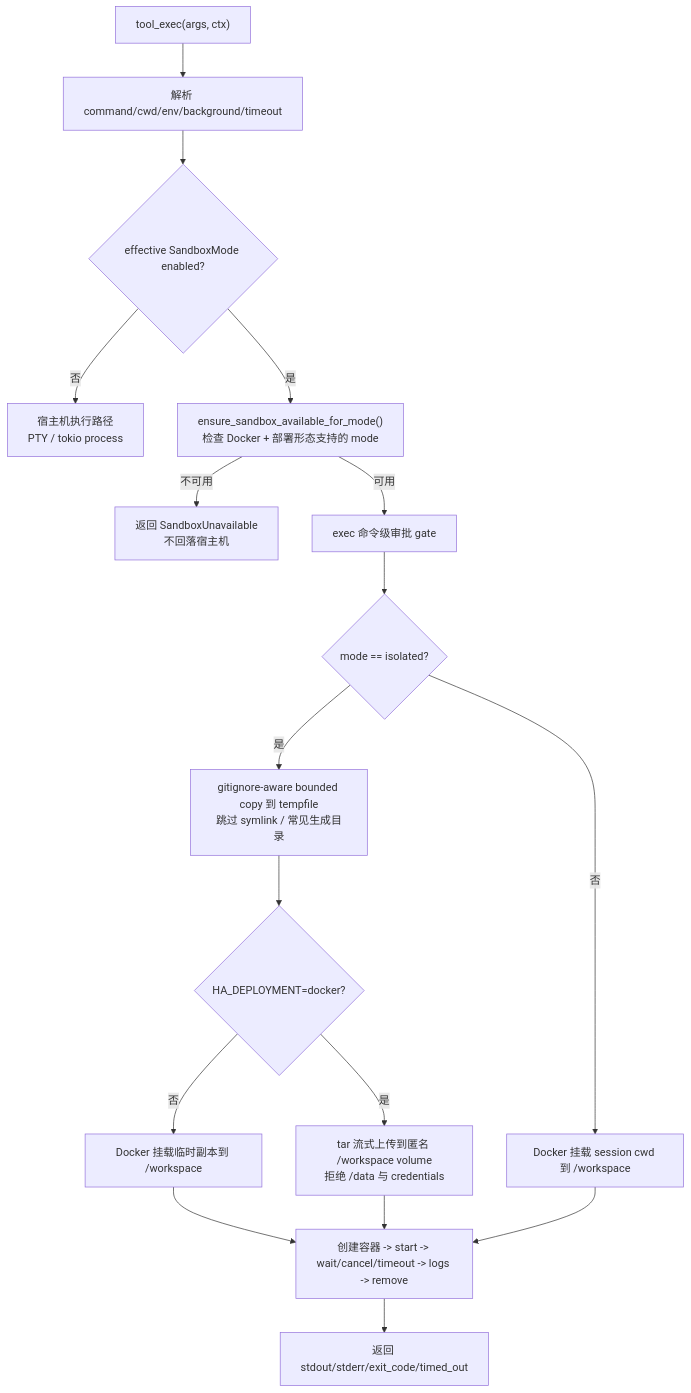
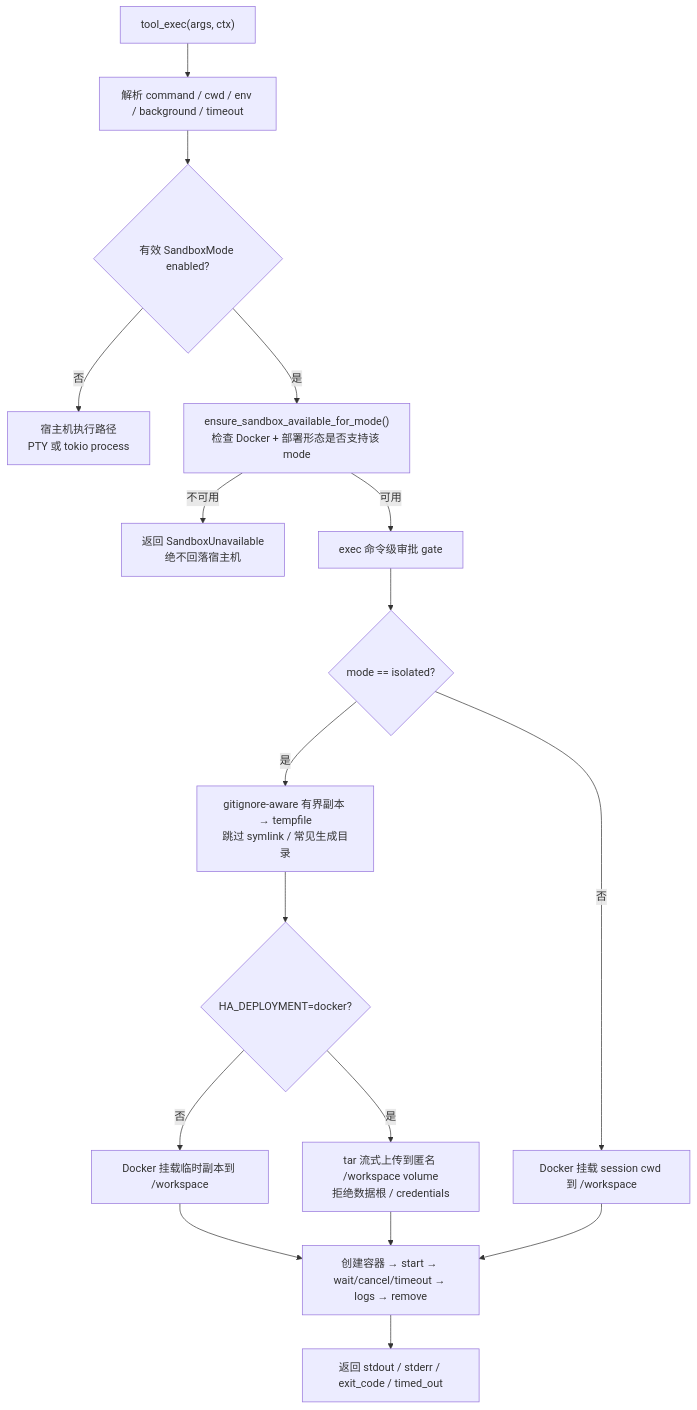
One commit to shiwenwen/hope-agent changed the fifth of 6 diagrams in docs/architecture/sandbox.md. Above: the diagram before and after it, drawn with Mermaid. The commit also changed other lines of this file and 12 other files, not shown here.

First line of the commit message:
🦭docs: 第六批 13 篇按新标准重做（browser/dreaming/loop/terminal/live-model-evaluation/process-model/transport-modes/cli/sandbox/canvas/workflow/prompt-system/macos-control）

````diff
--- a/docs/architecture/sandbox.md
+++ b/docs/architecture/sandbox.md
@@ -247,19 +189,19 @@
 ```mermaid
 flowchart TD
-    A["tool_exec(args, ctx)"] --> B["解析 command/cwd/env/background/timeout"]
-    B --> C{"effective SandboxMode enabled?"}
-    C -->|否| H["宿主机执行路径<br/>PTY / tokio process"]
-    C -->|是| D["ensure_sandbox_available_for_mode()<br/>检查 Docker + 部署形态支持的 mode"]
-    D -->|不可用| E["返回 SandboxUnavailable<br/>不回落宿主机"]
+    A["tool_exec(args, ctx)"] --> B["解析 command / cwd / env / background / timeout"]
+    B --> C{"有效 SandboxMode enabled?"}
+    C -->|否| H["宿主机执行路径<br/>PTY 或 tokio process"]
+    C -->|是| D["ensure_sandbox_available_for_mode()<br/>检查 Docker + 部署形态是否支持该 mode"]
+    D -->|不可用| E["返回 SandboxUnavailable<br/>绝不回落宿主机"]
     D -->|可用| F["exec 命令级审批 gate"]
     F --> G{"mode == isolated?"}
-    G -->|是| I["gitignore-aware bounded copy 到 tempfile<br/>跳过 symlink / 常见生成目录"]
+    G -->|是| I["gitignore-aware 有界副本 → tempfile<br/>跳过 symlink / 常见生成目录"]
     I --> N{"HA_DEPLOYMENT=docker?"}
     N -->|否| J["Docker 挂载临时副本到 /workspace"]
-    N -->|是| O["tar 流式上传到匿名 /workspace volume<br/>拒绝 /data 与 credentials"]
+    N -->|是| O["tar 流式上传到匿名 /workspace volume<br/>拒绝数据根 / credentials"]
     G -->|否| K["Docker 挂载 session cwd 到 /workspace"]
-    J --> L["创建容器 -> start -> wait/cancel/timeout -> logs -> remove"]
+    J --> L["创建容器 → start → wait/cancel/timeout → logs → remove"]
     O --> L
     K --> L
-    L --> M["返回 stdout/stderr/exit_code/timed_out"]
+    L --> M["返回 stdout / stderr / exit_code / timed_out"]
 ```
````
